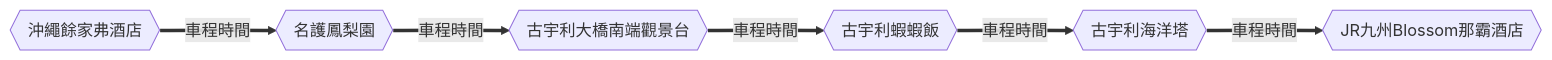
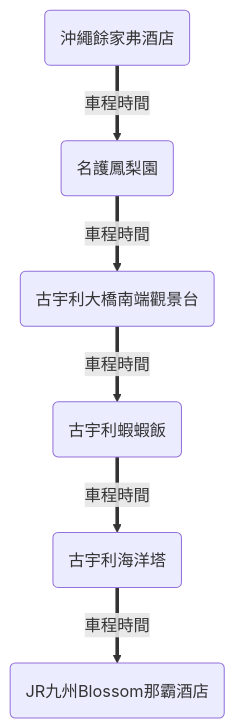
The tenth of 12 diagrams in docs/blog/posts/okinawa/okinawa-2024-12/okinawa-2024-12.md (wilder640/trip), drawn with Mermaid before and after one commit. The commit also changed other lines of this file and 2 other files, not shown here.

````diff
--- a/docs/blog/posts/okinawa/okinawa-2024-12/okinawa-2024-12.md
+++ b/docs/blog/posts/okinawa/okinawa-2024-12/okinawa-2024-12.md
@@ -147,4 +259,4 @@
 ``` mermaid
-graph LR
-  A{{沖繩餘家弗酒店}} == 車程時間 ==> B{{名護鳳梨園}} == 車程時間 ==>  C{{古宇利大橋南端觀景台}} == 車程時間 ==> D{{古宇利蝦蝦飯}} == 車程時間 ==> E{{古宇利海洋塔}} == 車程時間 ==> F{{JR九州Blossom那霸酒店}}
+graph TD
+  A(沖繩餘家弗酒店) == 車程時間 ==> B(名護鳳梨園) == 車程時間 ==>  C(古宇利大橋南端觀景台) == 車程時間 ==> D(古宇利蝦蝦飯) == 車程時間 ==> E(古宇利海洋塔) == 車程時間 ==> F(JR九州Blossom那霸酒店)
 ```
````
